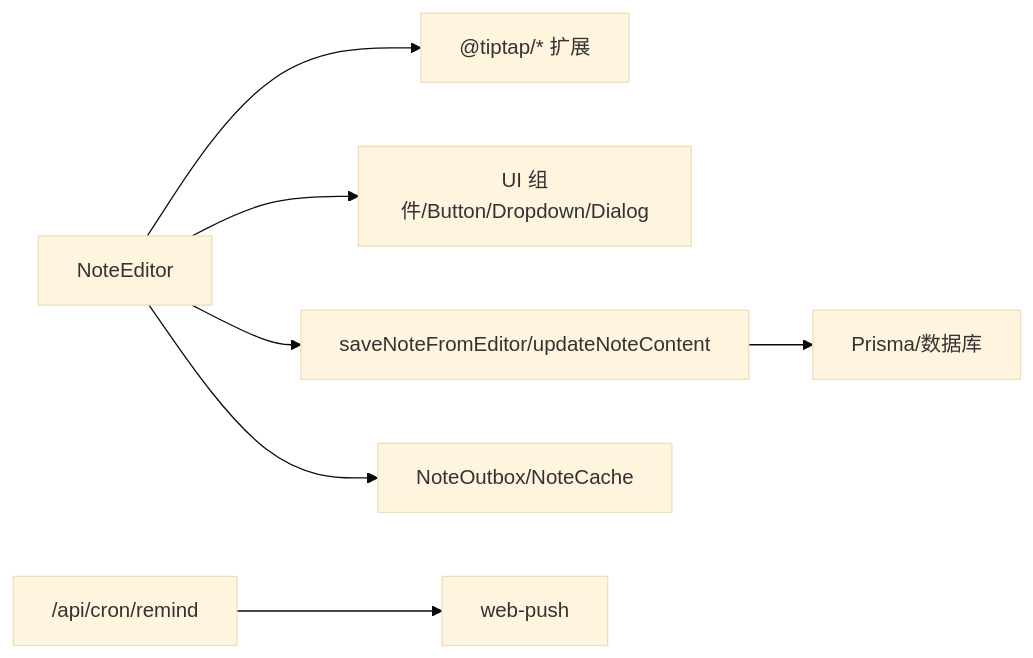
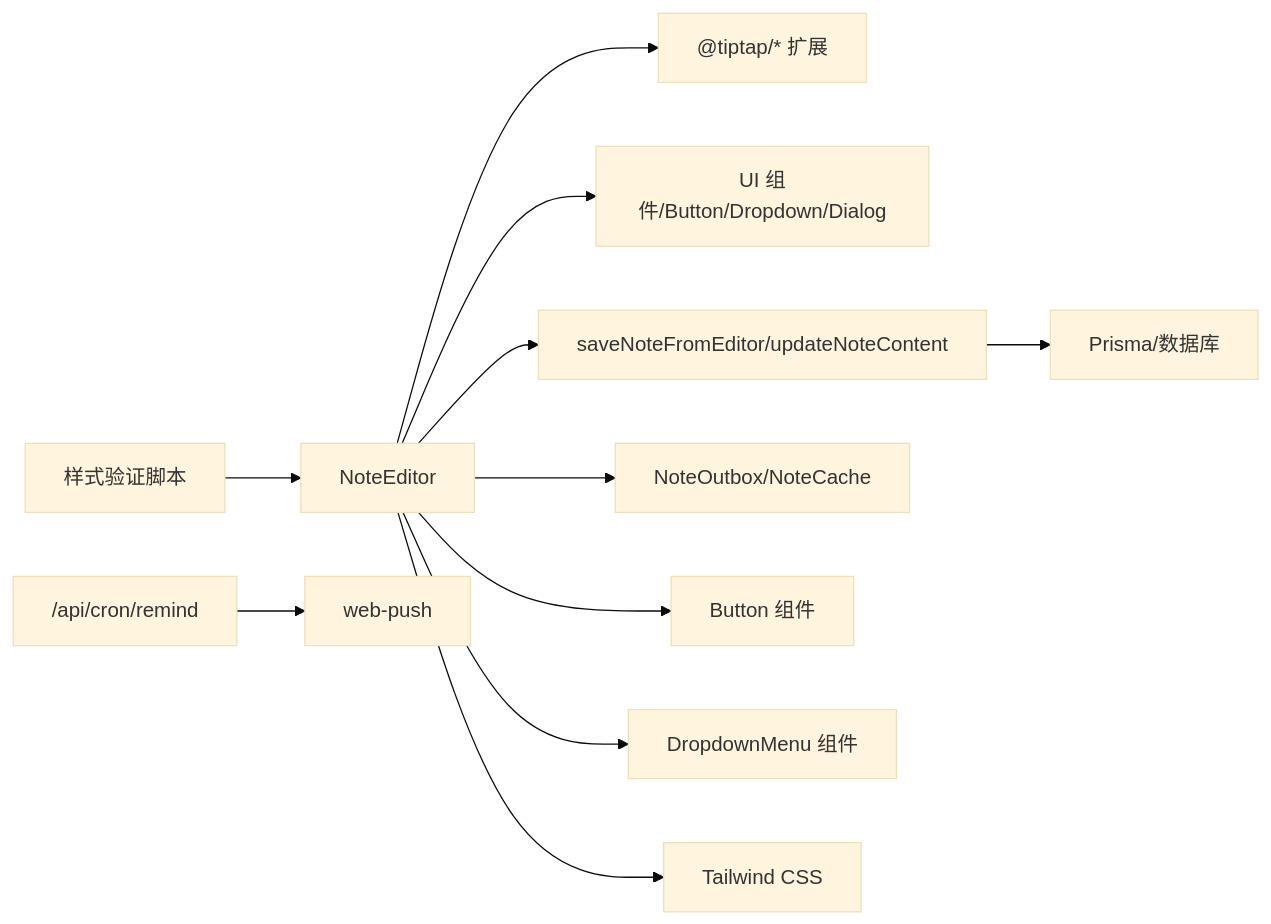
One commit to qiuziGirl/smart-todo changed the sixth of 6 diagrams in .qoder/repowiki/zh/content/便签管理系统/富文本编辑器.md. Above: the diagram before and after it, drawn with Mermaid (base theme). The commit also changed other lines of this file and 8 other files, not shown here.

````diff
--- a/.qoder/repowiki/zh/content/便签管理系统/富文本编辑器.md
+++ b/.qoder/repowiki/zh/content/便签管理系统/富文本编辑器.md
@@ -300,9 +444,13 @@
 ```mermaid
 graph LR
 NE["NoteEditor"] --> TI["@tiptap/* 扩展"]
 NE --> UI["UI 组件/Button/Dropdown/Dialog"]
 NE --> ACT["saveNoteFromEditor/updateNoteContent"]
 NE --> OFF["NoteOutbox/NoteCache"]
+NE --> BTN["Button 组件"]
+NE --> DM["DropdownMenu 组件"]
+NE --> CSS["Tailwind CSS"]
 ACT --> DB["Prisma/数据库"]
 REM["/api/cron/remind"] --> PUSH["web-push"]
+VER["样式验证脚本"] --> NE
 ```
````
